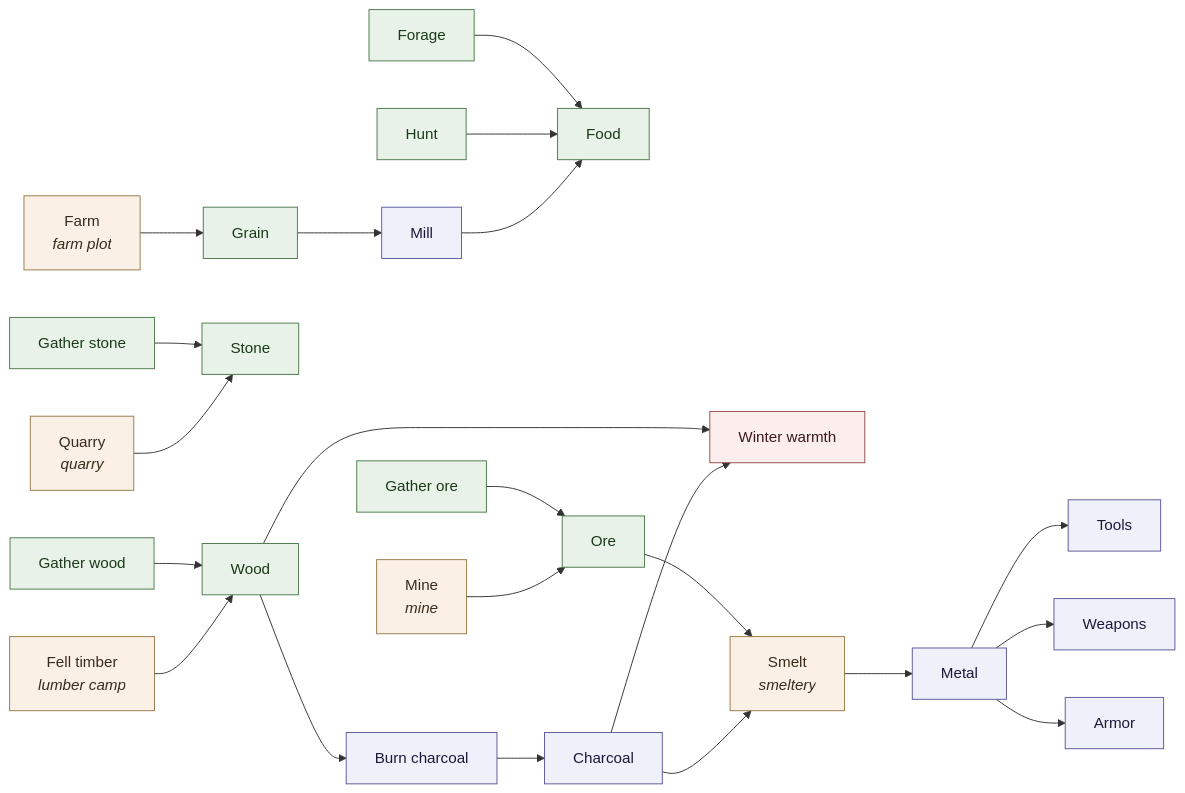
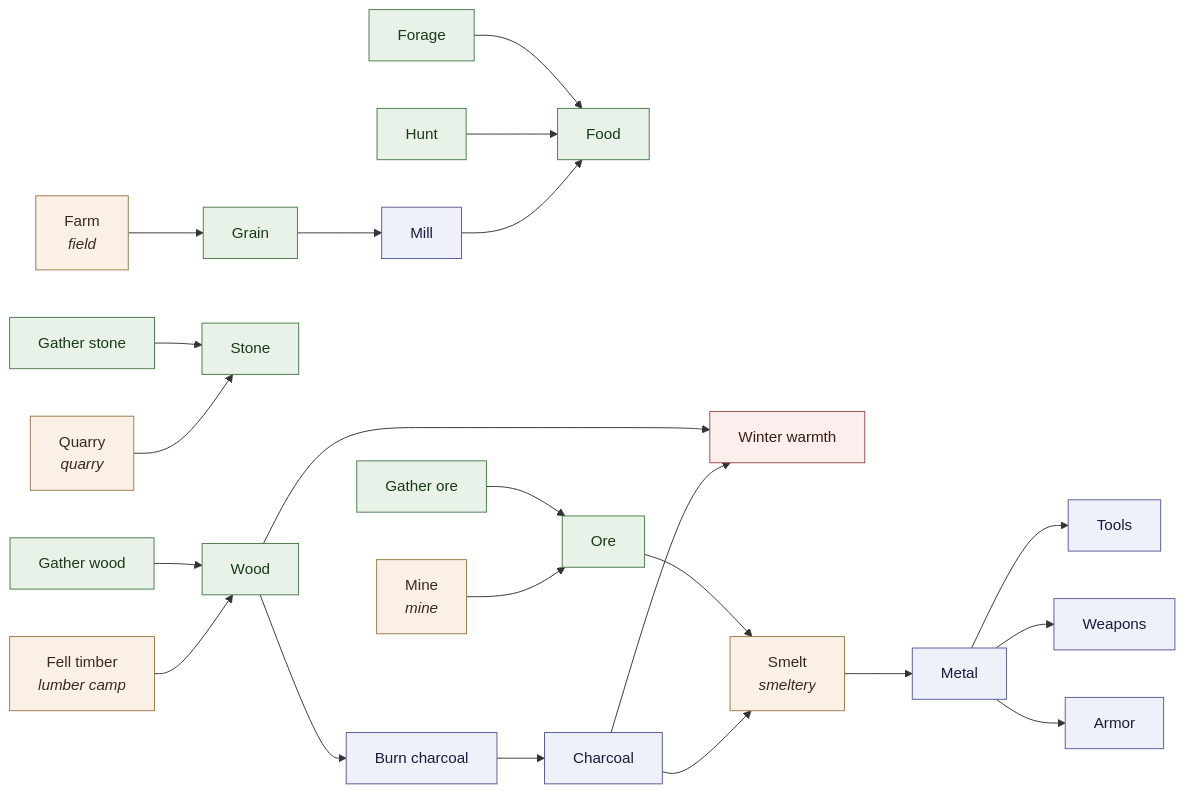
Before and after one commit to zhollis21/KingdomWatch: the first of 2 diagrams in docs/design/kingdom-watch-economy-ladder.md, drawn with Mermaid. The commit also changed other lines of this file and 36 other files, not shown here.

````diff
--- a/docs/design/kingdom-watch-economy-ladder.md
+++ b/docs/design/kingdom-watch-economy-ladder.md
@@ -562,29 +571,29 @@
 ```mermaid
 flowchart LR
   classDef gathered fill:#e8f2e8,stroke:#4a7a4a,color:#1a3a1a
   classDef crafted fill:#eef0fa,stroke:#5a5a9a,color:#1a1a3a
   classDef built fill:#faf0e6,stroke:#9a7a4a,color:#3a2a1a
   classDef sink fill:#fdeeee,stroke:#9a4a4a,color:#3a1a1a
 
   Forage["Forage"]:::gathered --> Food["Food"]:::gathered
   Hunt["Hunt"]:::gathered --> Food
   GW["Gather wood"]:::gathered --> Wood["Wood"]:::gathered
   FT["Fell timber<br/><i>lumber camp</i>"]:::built --> Wood
   GS["Gather stone"]:::gathered --> Stone["Stone"]:::gathered
   QuarryR["Quarry<br/><i>quarry</i>"]:::built --> Stone
   GO["Gather ore"]:::gathered --> Ore["Ore"]:::gathered
   MineR["Mine<br/><i>mine</i>"]:::built --> Ore
 
-  Farm["Farm<br/><i>farm plot</i>"]:::built --> Grain["Grain"]:::gathered
+  Farm["Farm<br/><i>field</i>"]:::built --> Grain["Grain"]:::gathered
   Grain --> Mill["Mill"]:::crafted --> Food
 
   Wood --> Burn["Burn charcoal"]:::crafted --> Charcoal["Charcoal"]:::crafted
   Wood --> Warmth["Winter warmth"]:::sink
   Charcoal --> Warmth
 
   Ore --> Smelt["Smelt<br/><i>smeltery</i>"]:::built
   Charcoal --> Smelt --> Metal["Metal"]:::crafted
   Metal --> Tools["Tools"]:::crafted
   Metal --> Weapons["Weapons"]:::crafted
   Metal --> Armor["Armor"]:::crafted
 ```
````
